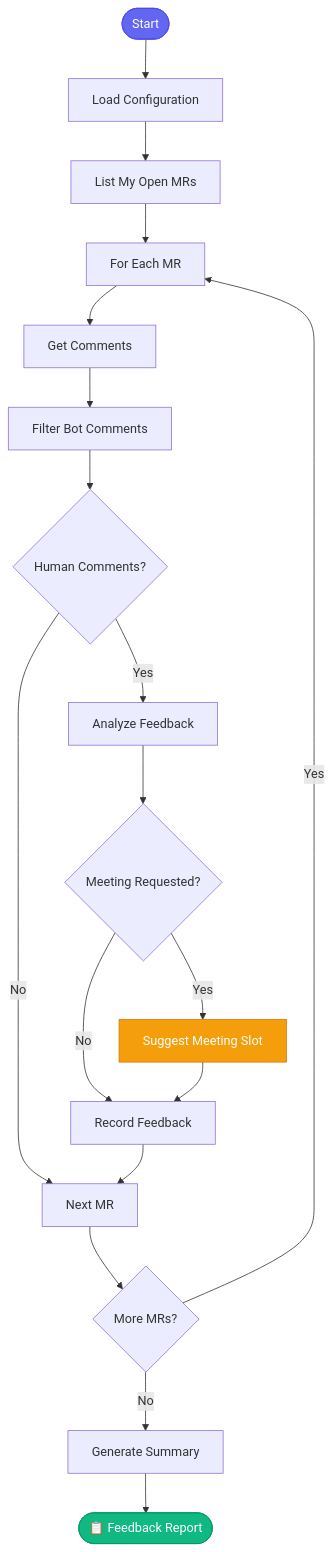
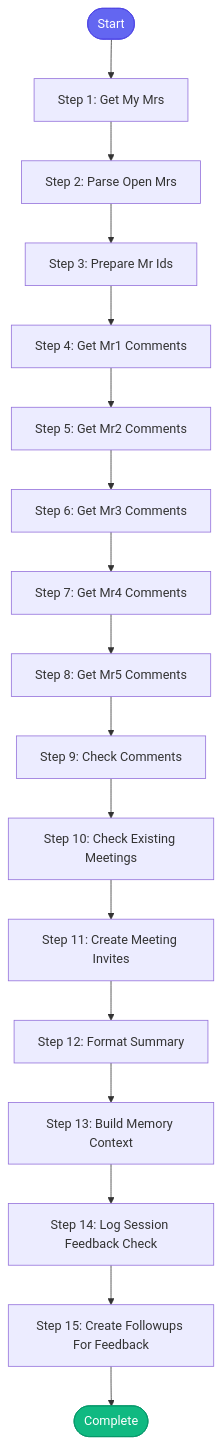
One commit to dmzoneill/redhat-ai-workflow changed the diagram in docs/skills/check_mr_feedback.md. Above: the diagram before and after it, drawn with Mermaid. The commit also changed other lines of this file and 49 other files, not shown here.

````diff
--- a/docs/skills/check_mr_feedback.md
+++ b/docs/skills/check_mr_feedback.md
@@ -23,32 +39,38 @@
 ```mermaid
 flowchart TD
-    START([Start]) --> CONFIG[Load Configuration]
-    CONFIG --> LIST[List My Open MRs]
-    LIST --> LOOP[For Each MR]
-
-    LOOP --> COMMENTS[Get Comments]
-    COMMENTS --> FILTER[Filter Bot Comments]
-
-    FILTER --> HUMAN{Human Comments?}
-
-    HUMAN -->|No| NEXT[Next MR]
-    HUMAN -->|Yes| ANALYZE[Analyze Feedback]
-
-    ANALYZE --> MEETING{Meeting Requested?}
-
-    MEETING -->|Yes| SCHEDULE[Suggest Meeting Slot]
-    MEETING -->|No| RECORD[Record Feedback]
-
-    SCHEDULE --> RECORD
-    RECORD --> NEXT
-
-    NEXT --> MORE{More MRs?}
-    MORE -->|Yes| LOOP
-    MORE -->|No| SUMMARY[Generate Summary]
-
-    SUMMARY --> DONE([📋 Feedback Report])
+    START([Start])
+    STEP1[Step 1: Get My Mrs]
+    START --> STEP1
+    STEP2[Step 2: Parse Open Mrs]
+    STEP1 --> STEP2
+    STEP3[Step 3: Prepare Mr Ids]
+    STEP2 --> STEP3
+    STEP4[Step 4: Get Mr1 Comments]
+    STEP3 --> STEP4
+    STEP5[Step 5: Get Mr2 Comments]
+    STEP4 --> STEP5
+    STEP6[Step 6: Get Mr3 Comments]
+    STEP5 --> STEP6
+    STEP7[Step 7: Get Mr4 Comments]
+    STEP6 --> STEP7
+    STEP8[Step 8: Get Mr5 Comments]
+    STEP7 --> STEP8
+    STEP9[Step 9: Check Comments]
+    STEP8 --> STEP9
+    STEP10[Step 10: Check Existing Meetings]
+    STEP9 --> STEP10
+    STEP11[Step 11: Create Meeting Invites]
+    STEP10 --> STEP11
+    STEP12[Step 12: Format Summary]
+    STEP11 --> STEP12
+    STEP13[Step 13: Build Memory Context]
+    STEP12 --> STEP13
+    STEP14[Step 14: Log Session Feedback Check]
+    STEP13 --> STEP14
+    STEP15[Step 15: Create Followups For Feedback]
+    STEP14 --> STEP15
+    STEP15 --> DONE([Complete])
 
     style START fill:#6366f1,stroke:#4f46e5,color:#fff
     style DONE fill:#10b981,stroke:#059669,color:#fff
-    style SCHEDULE fill:#f59e0b,stroke:#d97706,color:#fff
 ```
````
